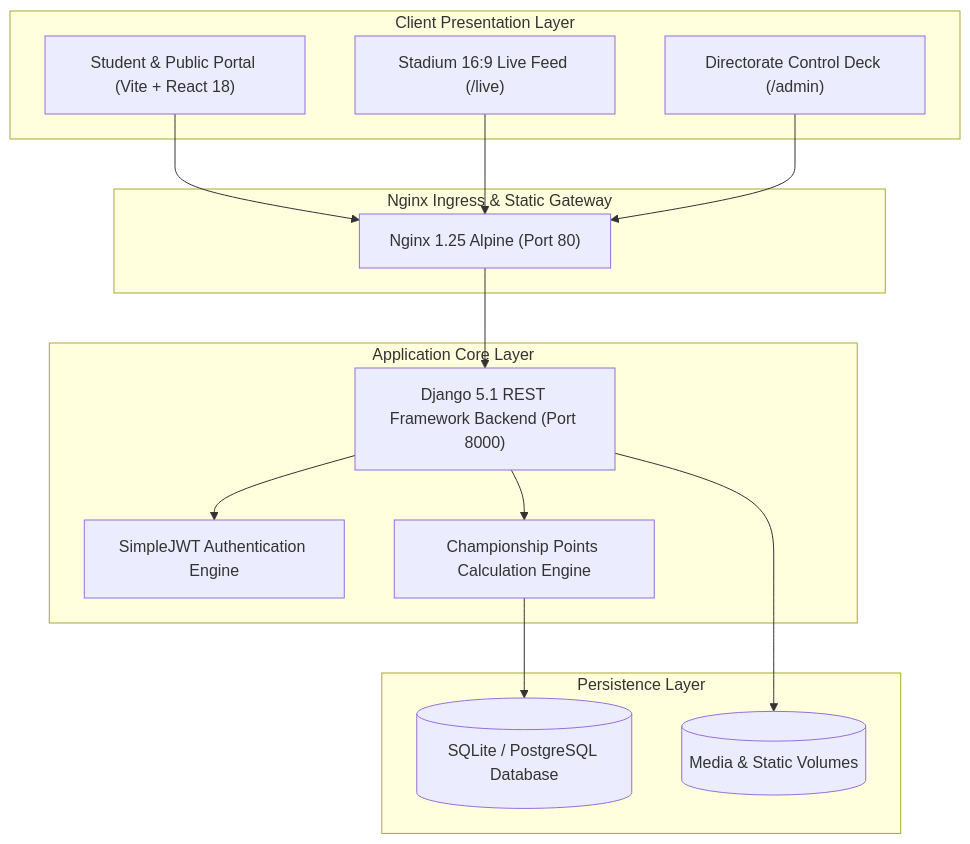
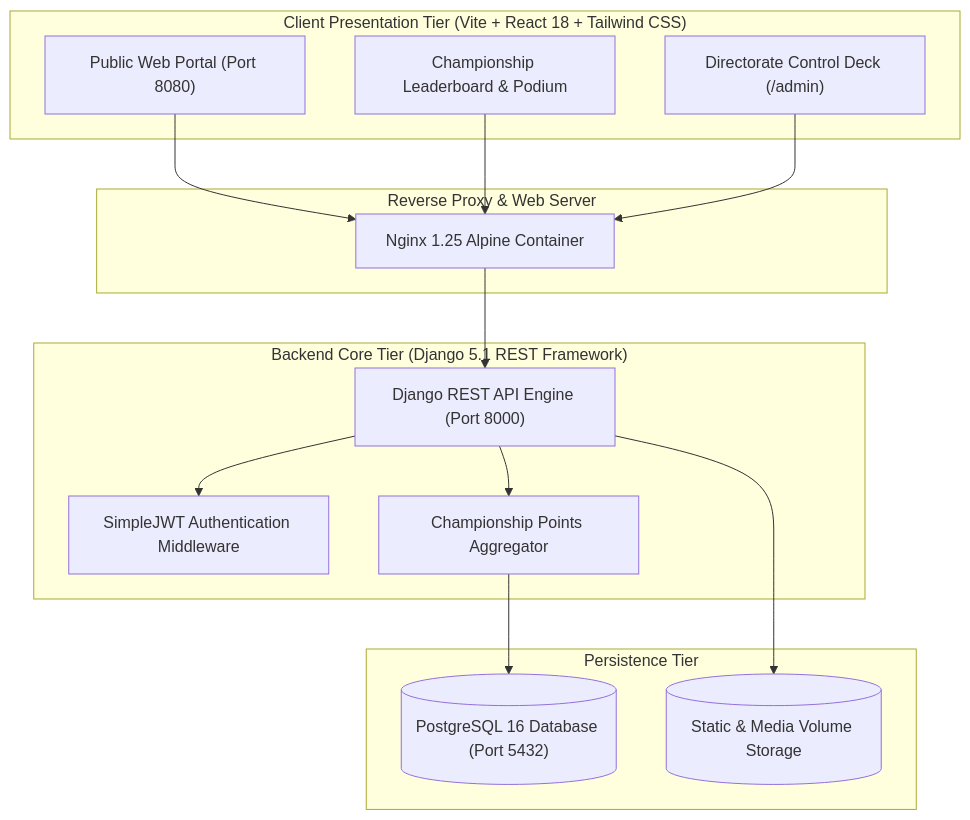
Before and after one commit to i8o8i-Developer/NIMS-ABHIVYAKTI-2026: the diagram in README.md, drawn with Mermaid. The commit also changed other lines of this file and 4 other files, not shown here.

Commit message:
Feat: Expand Floating Hero Badges To Far Screen Edges, Enhance Corner Theatrical Masks, Fix Leaderboard Api Standings Key Mapping, Add High Contrast White Accents, And Update Readme Documentation

````diff
--- a/README.md
+++ b/README.md
@@ -69,32 +67,32 @@
 ```mermaid
 flowchart TD
-    subgraph Client ["Client Presentation Layer"]
-        A["Student & Public Portal (Vite + React 18)"]
-        B["Stadium 16:9 Live Feed (/live)"]
+    subgraph Client ["Client Presentation Tier (Vite + React 18 + Tailwind CSS)"]
+        A["Public Web Portal (Port 8080)"]
+        B["Championship Leaderboard & Podium"]
         C["Directorate Control Deck (/admin)"]
     end
 
-    subgraph Gateway ["Nginx Ingress & Static Gateway"]
-        D["Nginx 1.25 Alpine (Port 80)"]
+    subgraph Gateway ["Reverse Proxy & Web Server"]
+        D["Nginx 1.25 Alpine Container"]
     end
 
-    subgraph Service ["Application Core Layer"]
-        E["Django 5.1 REST Framework Backend (Port 8000)"]
-        F["SimpleJWT Authentication Engine"]
-        G["Championship Points Calculation Engine"]
+    subgraph BackendCore ["Backend Core Tier (Django 5.1 REST Framework)"]
+        E["Django REST API Engine (Port 8000)"]
+        F["SimpleJWT Authentication Middleware"]
+        G["Championship Points Aggregator"]
     end
 
-    subgraph Persistence ["Persistence Layer"]
-        H[("SQLite / PostgreSQL Database")]
-        I[("Media & Static Volumes")]
+    subgraph Database ["Persistence Tier"]
+        H[("PostgreSQL 16 Database (Port 5432)")]
+        I[("Static & Media Volume Storage")]
     end
 
     A --> D
     B --> D
     C --> D
     D --> E
     E --> F
     E --> G
     G --> H
     E --> I
 ```
````
